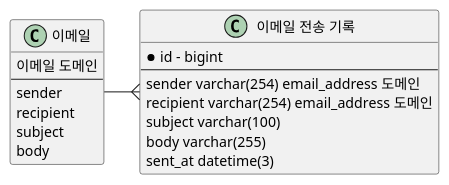
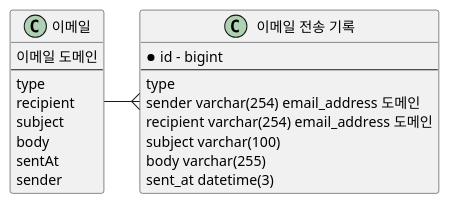
Before and after one commit to dykim-base-project/boot2-hexagonal: the diagram in .uml/email/Domain.puml, drawn with PlantUML. The commit also changed 33 other files, not shown here.

Commit message:
fix: README, uml, flyway sql 보완, 이메일 useCase 수정, entity 길이 설정

```diff
--- a/.uml/email/Domain.puml
+++ b/.uml/email/Domain.puml
@@ -1,23 +1,26 @@
 @startuml
 
 class "이메일" as email {
     이메일 도메인
     ---
-    sender
+    type
     recipient
     subject
     body
+    sentAt
+    sender
 }
 
 class "이메일 전송 기록" as email_send_history {
     * id - bigint
     ---
+    type
     sender varchar(254) email_address 도메인
     recipient varchar(254) email_address 도메인
     subject varchar(100)
     body varchar(255)
     sent_at datetime(3)
 }
 
 email -{ email_send_history
 @enduml
```
